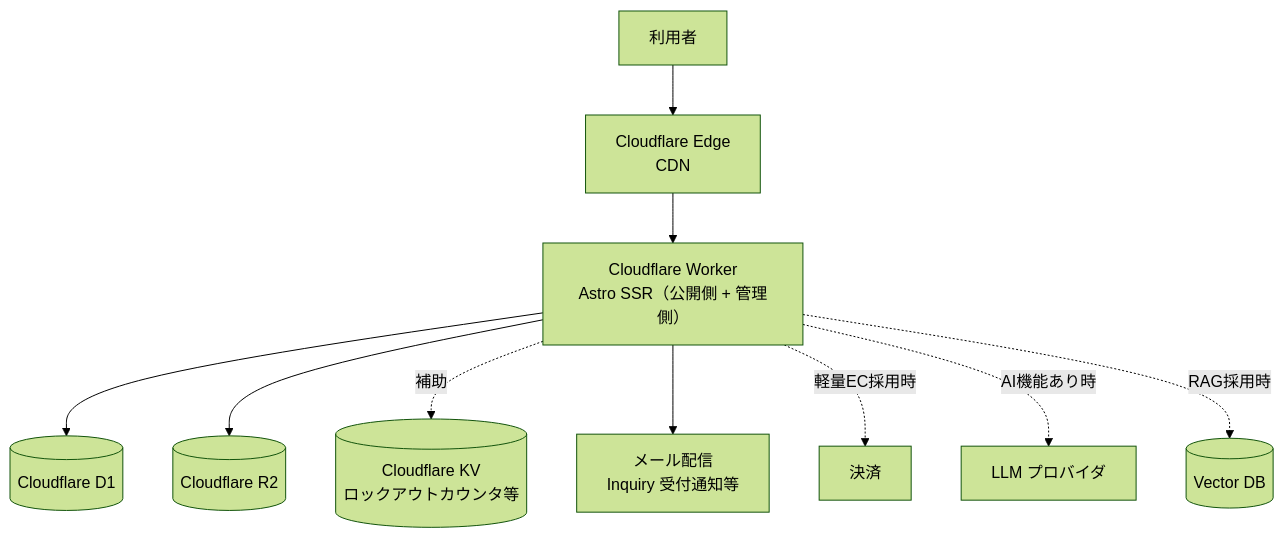
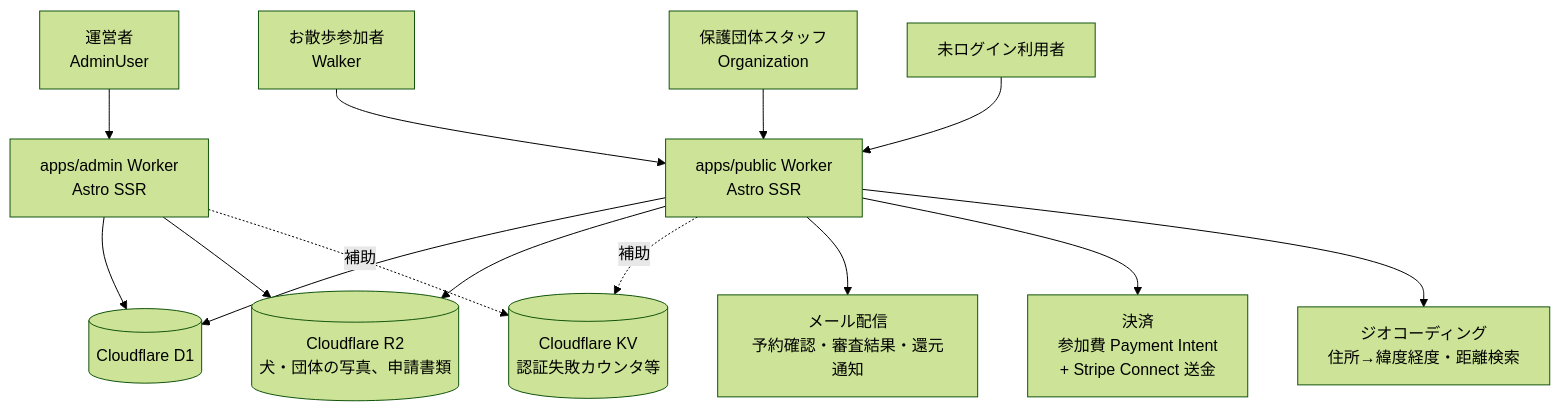
One commit to team-natural/walk-pet-kampo changed the first of 2 diagrams in docs/2-product/02-system-and-data.md. Above: the diagram before and after it, drawn with Mermaid (forest theme). The commit also changed other lines of this file and 24 other files, not shown here.

````diff
--- a/docs/2-product/02-system-and-data.md
+++ b/docs/2-product/02-system-and-data.md
@@ -39,12 +39,18 @@
 ```mermaid
 graph TB
-    User[利用者] --> Edge[Cloudflare Edge<br/>CDN]
-    Edge --> Worker[Cloudflare Worker<br/>Astro SSR（公開側 + 管理側）]
-    Worker --> D1[(Cloudflare D1)]
-    Worker --> R2[(Cloudflare R2)]
-    Worker -.補助.-> KV[(Cloudflare KV<br/>ロックアウトカウンタ等)]
-    Worker --> Mail[メール配信<br/>Inquiry 受付通知等]
-    Worker -.軽量EC採用時.-> Pay[決済]
-    Worker -.AI機能あり時.-> LLM[LLM プロバイダ]
-    Worker -.RAG採用時.-> Vector[(Vector DB)]
+    Walker[お散歩参加者<br/>Walker] --> Public[apps/public Worker<br/>Astro SSR]
+    OrgStaff[保護団体スタッフ<br/>Organization] --> Public
+    Guest[未ログイン利用者] --> Public
+    Admin[運営者<br/>AdminUser] --> AdminApp[apps/admin Worker<br/>Astro SSR]
+
+    Public --> DB[(Cloudflare D1)]
+    AdminApp --> DB
+    Public --> R2[(Cloudflare R2<br/>犬・団体の写真、申請書類)]
+    AdminApp --> R2
+    Public -.補助.-> KV[(Cloudflare KV<br/>認証失敗カウンタ等)]
+    AdminApp -.補助.-> KV
+
+    Public --> Mail[メール配信<br/>予約確認・審査結果・還元通知]
+    Public --> Pay[決済<br/>参加費 Payment Intent<br/>+ Stripe Connect 送金]
+    Public --> Geo[ジオコーディング<br/>住所→緯度経度・距離検索]
 ```
````
